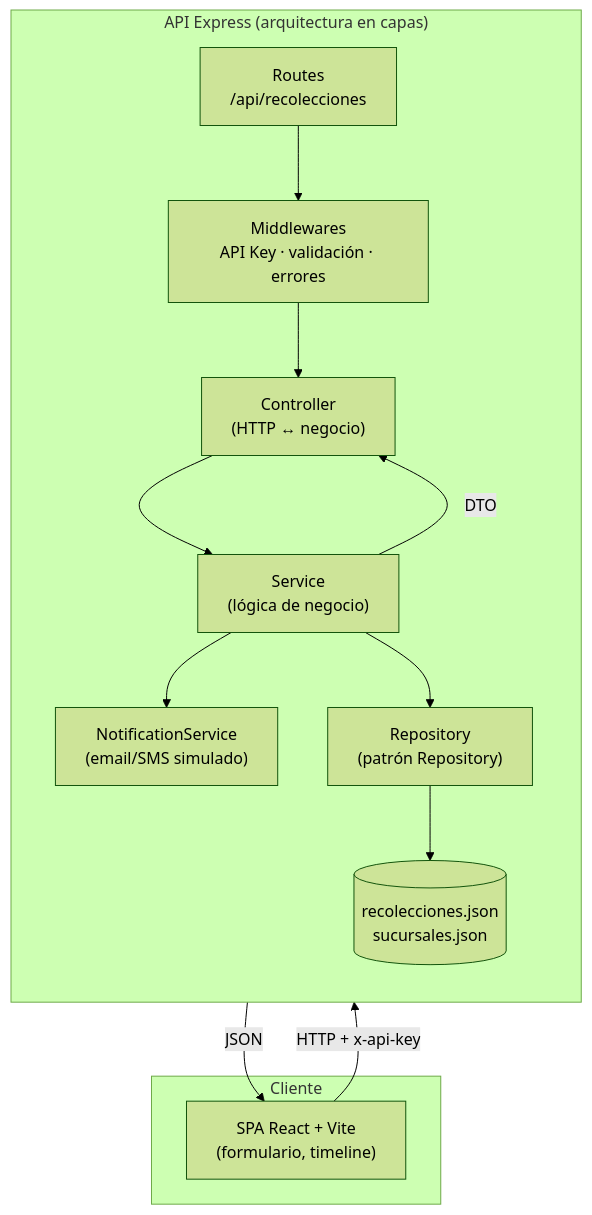
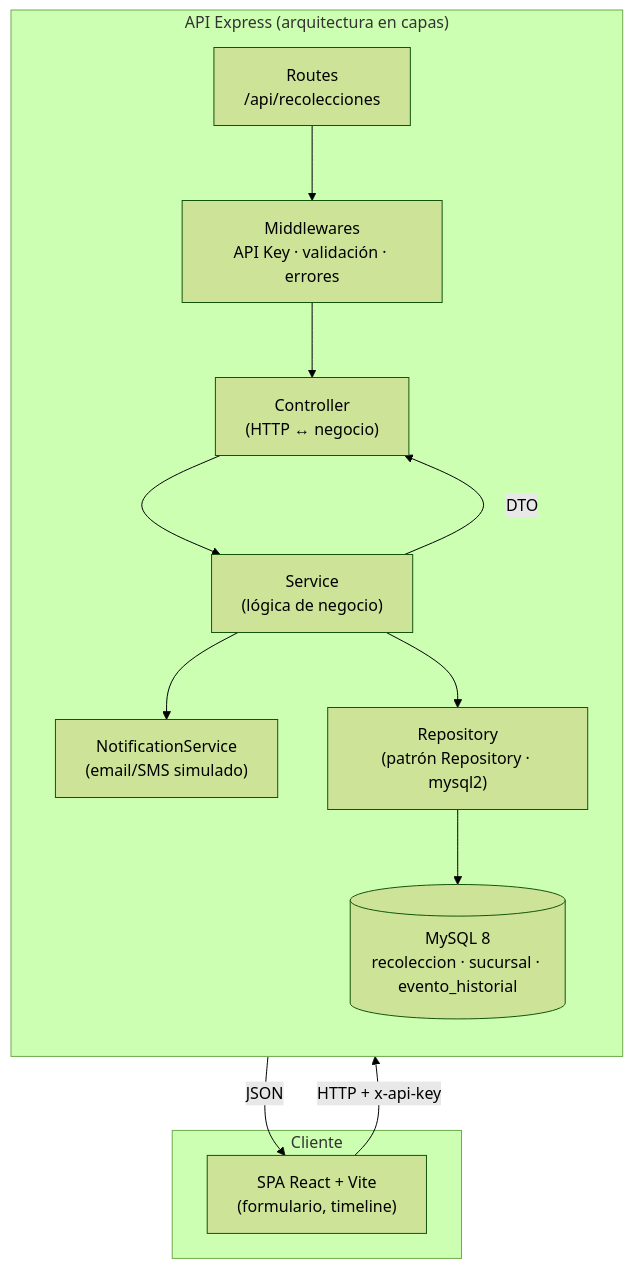
Before and after one commit to JavierGD15/Modulo-de-Solicitud-y-Seguimiento-de-Recolecciones: the diagram in docs/arquitectura.md, drawn with Mermaid (forest theme). The commit also changed other lines of this file and 18 other files, not shown here.

First line of the commit message:
feat(backend): migra persistencia de JSON a MySQL 8

````diff
--- a/docs/arquitectura.md
+++ b/docs/arquitectura.md
@@ -5,23 +5,23 @@
 ```mermaid
 flowchart TD
     subgraph Cliente
         UI["SPA React + Vite<br/>(formulario, timeline)"]
     end
 
     subgraph API["API Express (arquitectura en capas)"]
         direction TB
         R["Routes<br/>/api/recolecciones"]
         MW["Middlewares<br/>API Key · validación · errores"]
         C["Controller<br/>(HTTP ↔ negocio)"]
         S["Service<br/>(lógica de negocio)"]
         N["NotificationService<br/>(email/SMS simulado)"]
-        REPO["Repository<br/>(patrón Repository)"]
-        DB[("recolecciones.json<br/>sucursales.json")]
+        REPO["Repository<br/>(patrón Repository · mysql2)"]
+        DB[("MySQL 8<br/>recoleccion · sucursal · evento_historial")]
     end
 
     UI -- "HTTP + x-api-key" --> R
     R --> MW --> C --> S
     S --> N
     S --> REPO --> DB
     S -- "DTO" --> C -- "JSON" --> UI
 ```
````
